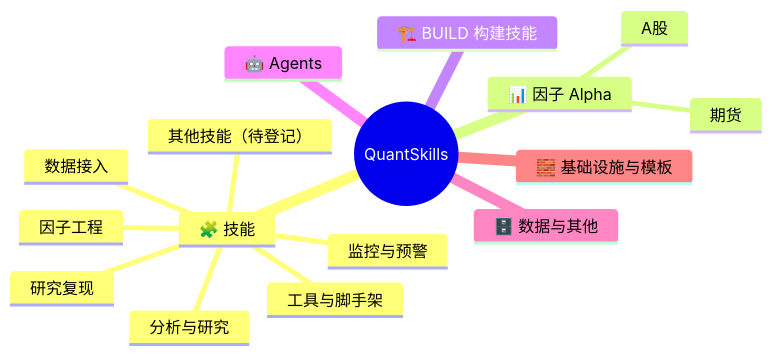
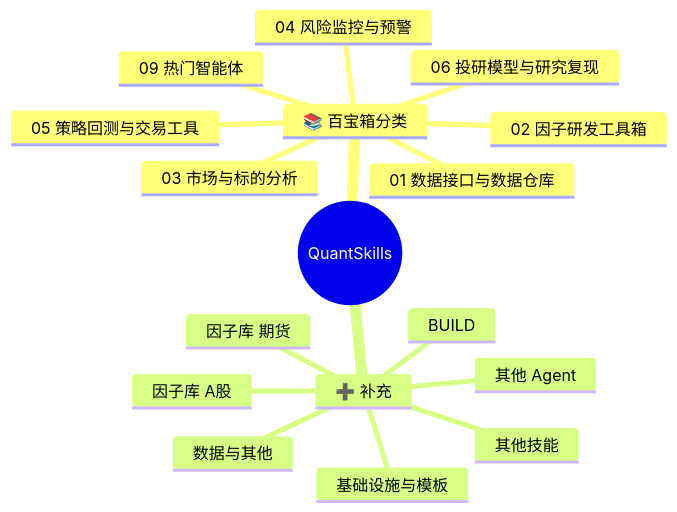
The diagram in README.md (quantskills/quantskills), drawn with Mermaid before and after one commit. The commit also changed other lines of this file and 3 other files, not shown here.

````diff
--- a/README.md
+++ b/README.md
@@ -12,19 +12,20 @@
 ```mermaid
 mindmap
   root((QuantSkills))
-    🧩 技能
-      因子工程
-      工具与脚手架
-      分析与研究
-      监控与预警
-      数据接入
-      研究复现
-      其他技能（待登记）
-    📊 因子 Alpha
-      A股
-      期货
-    🏗️ BUILD 构建技能
-    🤖 Agents
-    🗄️ 数据与其他
-    🧱 基础设施与模板
+    📚 百宝箱分类
+      01 数据接口与数据仓库
+      02 因子研发工具箱
+      03 市场与标的分析
+      04 风险监控与预警
+      05 策略回测与交易工具
+      06 投研模型与研究复现
+      09 热门智能体
+    ➕ 补充
+      因子库 A股
+      因子库 期货
+      BUILD
+      其他技能
+      其他 Agent
+      数据与其他
+      基础设施与模板
 ```
````
